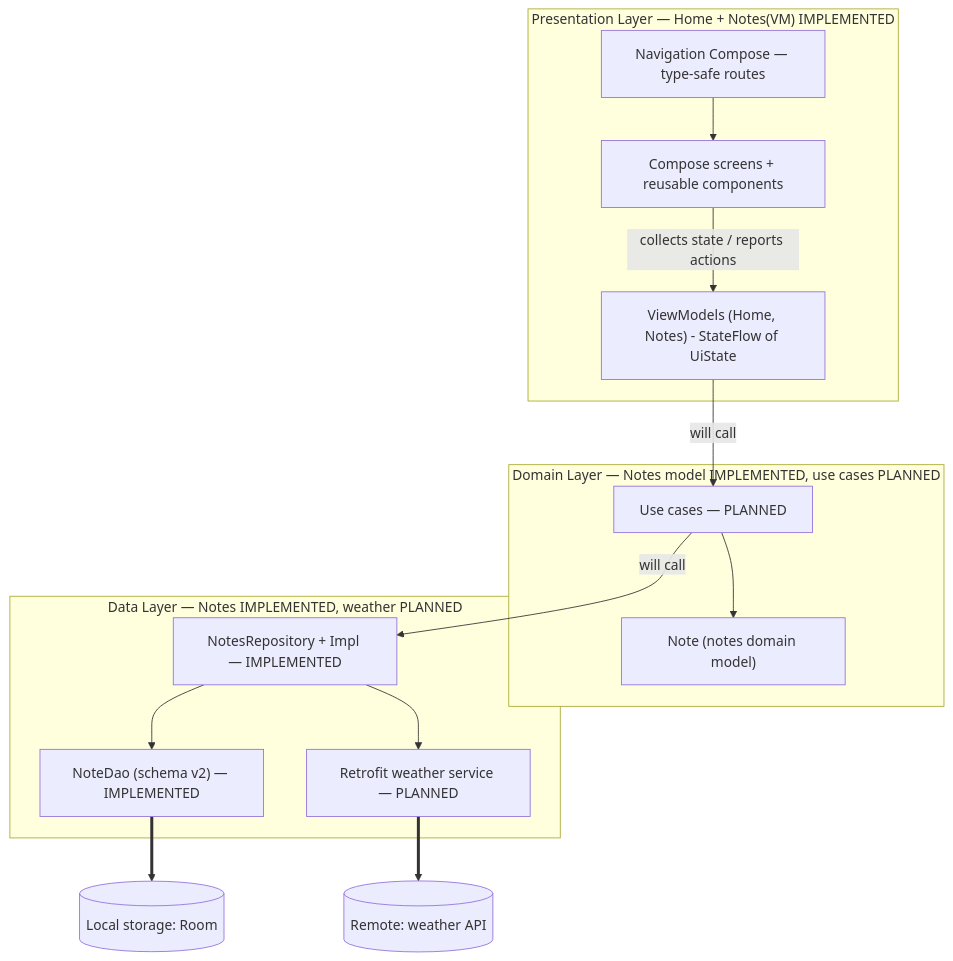
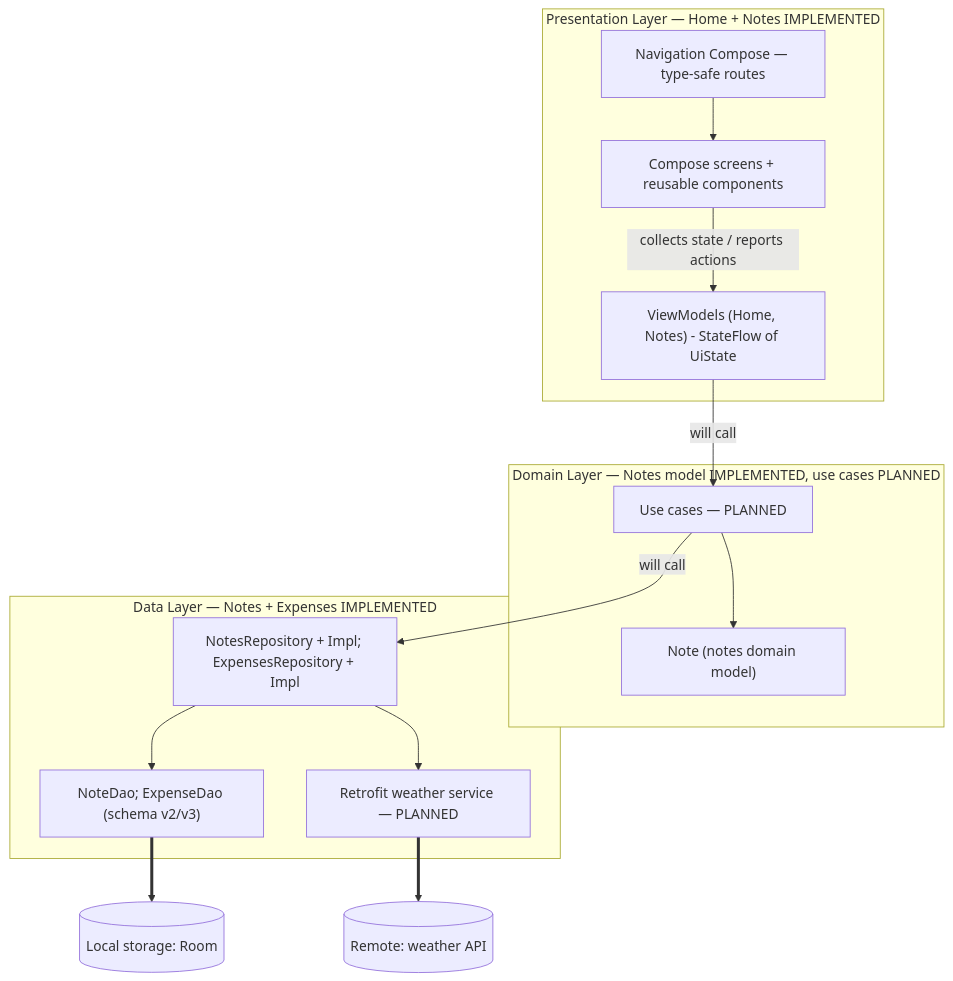
Before and after one commit to mxrckyyy/Hapsay: the diagram in SYSTEM_DESIGN.md, drawn with Mermaid. The commit also changed other lines of this file and 32 other files, not shown here.

````diff
--- a/SYSTEM_DESIGN.md
+++ b/SYSTEM_DESIGN.md
@@ -45,29 +45,29 @@
 ```mermaid
 flowchart TB
-    subgraph P["Presentation Layer — Home + Notes(VM) IMPLEMENTED"]
+    subgraph P["Presentation Layer — Home + Notes IMPLEMENTED"]
         SCR["Compose screens + reusable components"]
         VM["ViewModels (Home, Notes) - StateFlow of UiState"]
         NAV["Navigation Compose — type-safe routes"]
     end
     subgraph D["Domain Layer — Notes model IMPLEMENTED, use cases PLANNED"]
         MOD["Note (notes domain model)"]
         UC["Use cases — PLANNED"]
     end
-    subgraph L["Data Layer — Notes IMPLEMENTED, weather PLANNED"]
-        REPO["NotesRepository + Impl — IMPLEMENTED"]
-        DAO["NoteDao (schema v2) — IMPLEMENTED"]
+    subgraph L["Data Layer — Notes + Expenses IMPLEMENTED"]
+        REPO["NotesRepository + Impl; ExpensesRepository + Impl"]
+        DAO["NoteDao; ExpenseDao (schema v2/v3)"]
         API["Retrofit weather service — PLANNED"]
     end
     DB[("Local storage: Room")]
     NET[("Remote: weather API")]
 
     NAV --> SCR
     SCR -- collects state / reports actions --> VM
     VM -- "will call" --> UC
     UC --> MOD
     UC -- "will call" --> REPO
     REPO --> DAO
     REPO --> API
     DAO ==> DB
     API ==> NET
 ```
````
